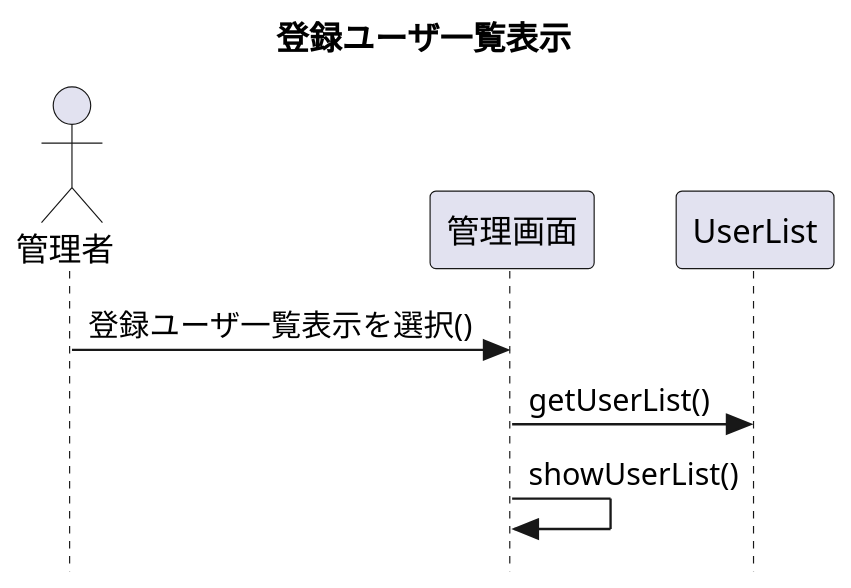
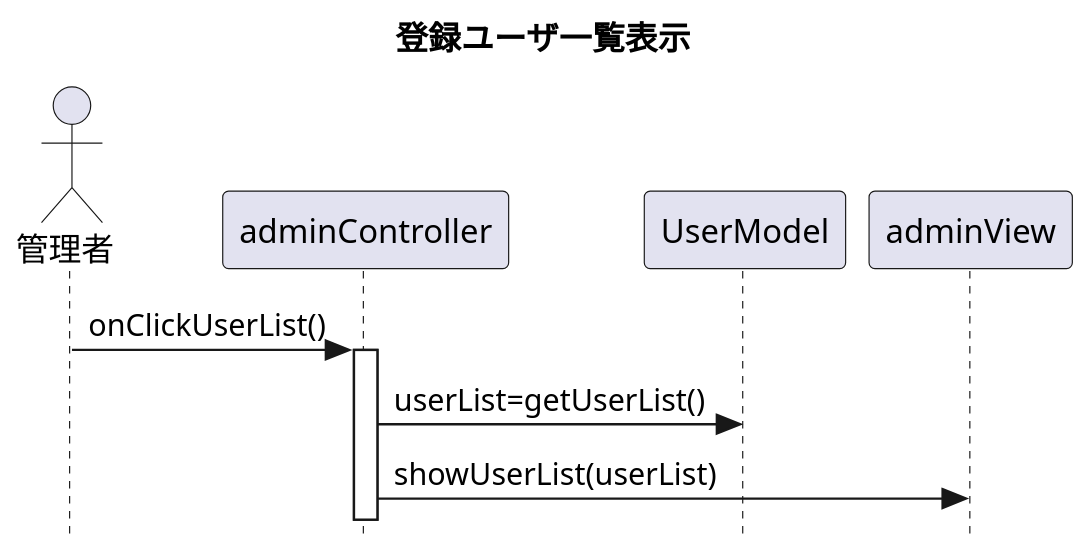
The sixth of 7 diagrams in sequence.pu (Romira915/AdvancedSoftwareEngineering3-Task), drawn with PlantUML before and after one commit. The commit also changed other lines of this file and 1 other file, not shown here.

```diff
--- a/sequence.pu
+++ b/sequence.pu
@@ -183,16 +221,19 @@
 @startuml 登録ユーザ一覧表示
 
 title 登録ユーザ一覧表示
 skinparam dpi 150
 skinparam responseMessageBelowArrow true
 skinparam style strictuml
 
 actor 管理者 as admin
-participant 管理画面 as adminDisplay
-participant UserList
+participant adminController
+participant UserModel
+participant adminView
 
-admin -> adminDisplay : 登録ユーザ一覧表示を選択()
-adminDisplay -> UserList : getUserList()
-adminDisplay -> adminDisplay : showUserList()
+admin -> adminController : onClickUserList()
+
+activate adminController
+adminController -> UserModel : userList=getUserList()
+adminController -> adminView : showUserList(userList)
 
 @enduml
```
